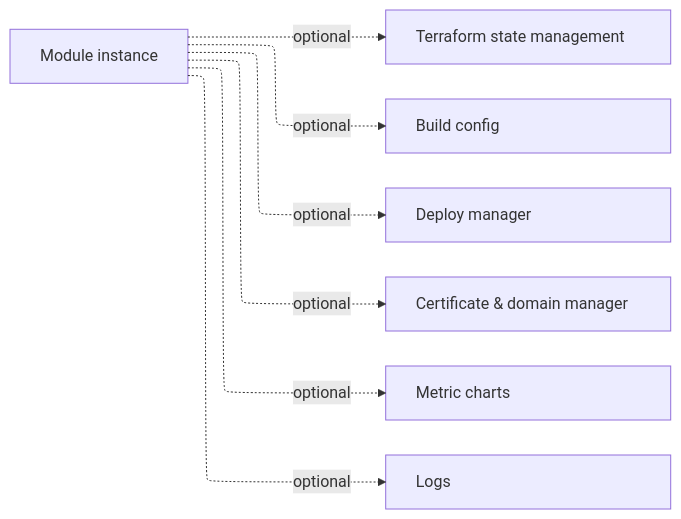
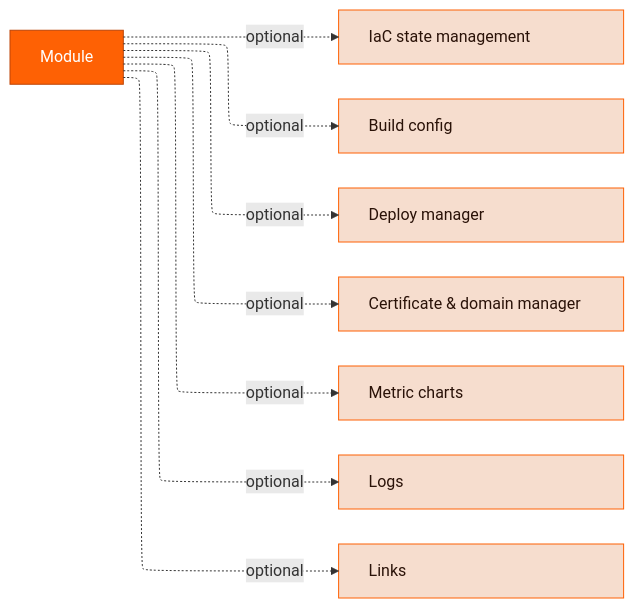
The first of 2 diagrams in concepts/modules.mdx (flightcontrolhq/docs), drawn with Mermaid before and after one commit. The commit also changed other lines of this file and 7 other files, not shown here.

````diff
--- a/concepts/modules.mdx
+++ b/concepts/modules.mdx
@@ -10,17 +10,24 @@
 ```mermaid
 %%{init: {'flowchart': {'defaultRenderer': 'elk'}}}%%
 flowchart LR
-  Module[Module instance] -. optional .-> TerraformState["<div style='width: 225px; text-align: left;'>Terraform state management</div>"]
+  Module[Module] -. optional .-> IaCState["<div style='width: 225px; text-align: left;'>IaC state management</div>"]
   Module -. optional .-> BuildConfig["<div style='width: 225px; text-align: left;'>Build config</div>"]
   Module -. optional .-> DeployManager["<div style='width: 225px; text-align: left;'>Deploy manager</div>"]
   Module -. optional .-> CertificateDomain["<div style='width: 225px; text-align: left;'>Certificate & domain manager</div>"]
   Module -. optional .-> MetricCharts["<div style='width: 225px; text-align: left;'>Metric charts</div>"]
   Module -. optional .-> Logs["<div style='width: 225px; text-align: left;'>Logs</div>"]
+  Module -. optional .-> Links["<div style='width: 225px; text-align: left;'>Links</div>"]
 
-  click TerraformState "/modules/stack" "Open stack docs"
+  class Module container
+  class IaCState,BuildConfig,DeployManager,CertificateDomain,MetricCharts,Logs,Links module
+
+  classDef container fill:#FE6104,stroke:#BD4406,color:#fff
+  classDef module fill:#F6DDCE,stroke:#FE6104,color:#2a1208
+
+  click IaCState "/modules/stack" "Open stack docs"
   click BuildConfig "/modules/build" "Open build docs"
   click DeployManager "/modules/deploy" "Open deploy docs"
   click CertificateDomain "/modules/deploy" "Open deploy docs"
   click MetricCharts "/modules/metrics" "Open metrics docs"
   click Logs "/modules/logs" "Open logs docs"
 ```
````
